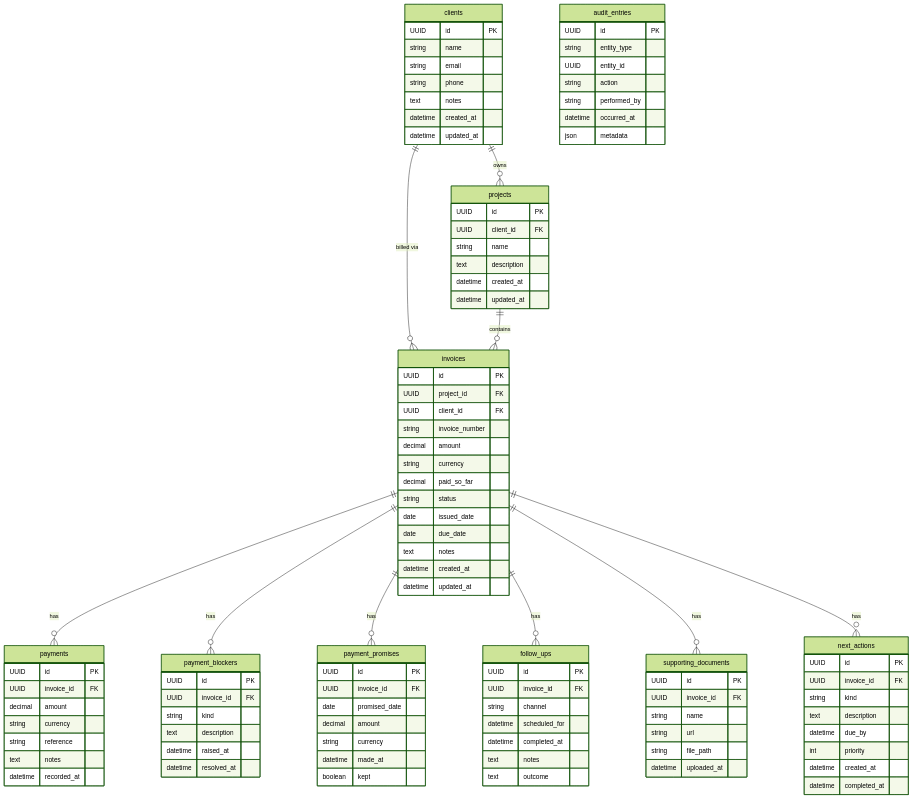
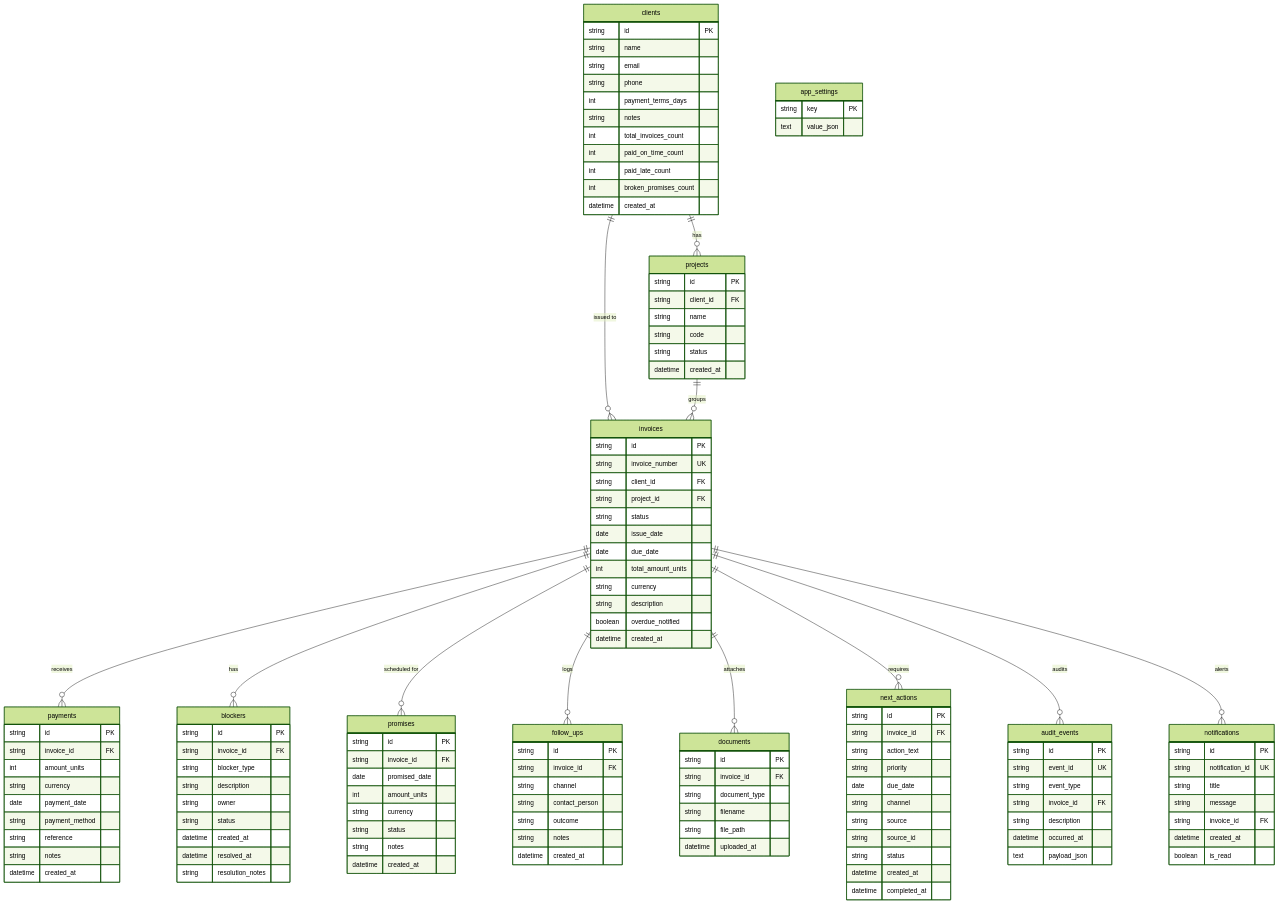
One commit to Anupam-hash926/DuePing changed the diagram in docs/uml/09-er.md. Above: the diagram before and after it, drawn with Mermaid (forest theme). The commit also changed other lines of this file and 18 other files, not shown here.

Commit message:
phase 1: docs and uml match the code

````diff
--- a/docs/uml/09-er.md
+++ b/docs/uml/09-er.md
@@ -3,117 +5,145 @@
 ```mermaid
 erDiagram
+    clients ||--o{ projects : "has"
+    clients ||--o{ invoices : "issued to"
+    projects ||--o{ invoices : "groups"
+    invoices ||--o{ payments : "receives"
+    invoices ||--o{ blockers : "has"
+    invoices ||--o{ promises : "scheduled for"
+    invoices ||--o{ follow_ups : "logs"
+    invoices ||--o{ documents : "attaches"
+    invoices ||--o{ next_actions : "requires"
+    invoices ||--o{ audit_events : "audits"
+    invoices ||--o{ notifications : "alerts"
+
     clients {
-        UUID id PK
+        string id PK
         string name
         string email
         string phone
-        text notes
+        int payment_terms_days
+        string notes
+        int total_invoices_count
+        int paid_on_time_count
+        int paid_late_count
+        int broken_promises_count
         datetime created_at
-        datetime updated_at
     }
 
     projects {
-        UUID id PK
-        UUID client_id FK
+        string id PK
+        string client_id FK
         string name
-        text description
+        string code
+        string status
         datetime created_at
-        datetime updated_at
     }
 
     invoices {
-        UUID id PK
-        UUID project_id FK
-        UUID client_id FK
-        string invoice_number
-        decimal amount
+        string id PK
+        string invoice_number UK
+        string client_id FK
+        string project_id FK
+        string status
+        date issue_date
+        date due_date
+        int total_amount_units
         string currency
-        decimal paid_so_far
-        string status
-        date issued_date
-        date due_date
-        text notes
+        string description
+        boolean overdue_notified
         datetime created_at
-        datetime updated_at
     }
 
     payments {
-        UUID id PK
-        UUID invoice_id FK
-        decimal amount
+        string id PK
+        string invoice_id FK
+        int amount_units
         string currency
+        date payment_date
+        string payment_method
         string reference
-        text notes
-        datetime recorded_at
+        string notes
+        datetime created_at
     }
 
-    payment_blockers {
-        UUID id PK
-        UUID invoice_id FK
-        string kind
-        text description
-        datetime raised_at
+    blockers {
+        string id PK
+        string invoice_id FK
+        string blocker_type
+        string description
+        string owner
+        string status
+        datetime created_at
         datetime resolved_at
+        string resolution_notes
     }
 
-    payment_promises {
-        UUID id PK
-        UUID invoice_id FK
+    promises {
+        string id PK
+        string invoice_id FK
         date promised_date
-        decimal amount
+        int amount_units
         string currency
-        datetime made_at
-        boolean kept
+        string status
+        string notes
+        datetime created_at
     }
 
     follow_ups {
-        UUID id PK
-        UUID invoice_id FK
+        string id PK
+        string invoice_id FK
         string channel
-        datetime scheduled_for
-        datetime completed_at
-        text notes
-        text outcome
+        string contact_person
+        string outcome
+        string notes
+        datetime created_at
     }
 
-    supporting_documents {
-        UUID id PK
-        UUID invoice_id FK
-        string name
-        string url
+    documents {
+        string id PK
+        string invoice_id FK
+        string document_type
+        string filename
         string file_path
         datetime uploaded_at
     }
 
     next_actions {
-        UUID id PK
-        UUID invoice_id FK
-        string kind
-        text description
-        datetime due_by
-        int priority
+        string id PK
+        string invoice_id FK
+        string action_text
+        string priority
+        date due_date
+        string channel
+        string source
+        string source_id
+        string status
         datetime created_at
         datetime completed_at
     }
 
-    audit_entries {
-        UUID id PK
-        string entity_type
-        UUID entity_id
-        string action
-        string performed_by
+    audit_events {
+        string id PK
+        string event_id UK
+        string event_type
+        string invoice_id FK
+        string description
         datetime occurred_at
-        json metadata
+        text payload_json
     }
 
-    %% Relationships
-    clients ||--o{ projects : "owns"
-    clients ||--o{ invoices : "billed via"
-    projects ||--o{ invoices : "contains"
-    invoices ||--o{ payments : "has"
-    invoices ||--o{ payment_blockers : "has"
-    invoices ||--o{ payment_promises : "has"
-    invoices ||--o{ follow_ups : "has"
-    invoices ||--o{ supporting_documents : "has"
-    invoices ||--o{ next_actions : "has"
+    notifications {
+        string id PK
+        string notification_id UK
+        string title
+        string message
+        string invoice_id FK
+        datetime created_at
+        boolean is_read
+    }
+
+    app_settings {
+        string key PK
+        text value_json
+    }
 ```
````
